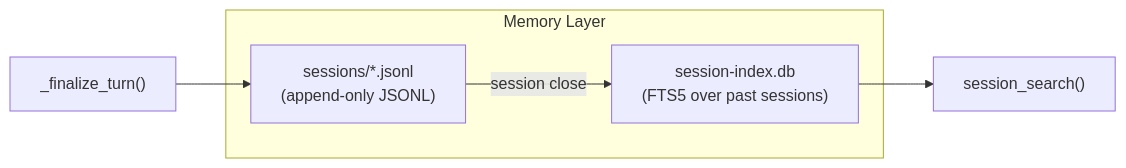
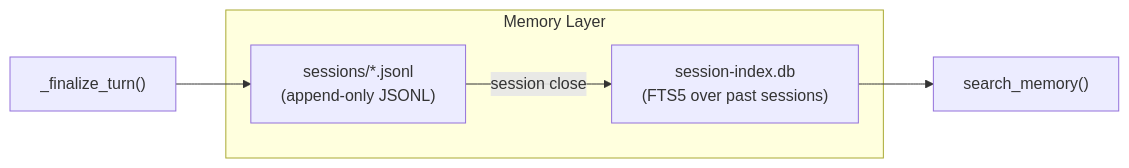
One commit to binlecode/co-cli changed the diagram in docs/specs/memory.md. Above: the diagram before and after it, drawn with Mermaid. The commit also changed other lines of this file and 45 other files, not shown here.

First line of the commit message:
refactor: fold extractor into knowledge, rename session_index→memory, surface search_memory (v0.7.186)

````diff
--- a/docs/specs/memory.md
+++ b/docs/specs/memory.md
@@ -34,11 +34,11 @@
 ```mermaid
 flowchart LR
     subgraph Memory["Memory Layer"]
         Transcripts["sessions/*.jsonl\n(append-only JSONL)"]
         SessionIdx["session-index.db\n(FTS5 over past sessions)"]
     end
 
     Write["_finalize_turn()"] --> Transcripts
     Transcripts -->|"session close"| SessionIdx
-    SessionIdx --> session_search["session_search()"]
+    SessionIdx --> search_memory["search_memory()"]
 ```
````
